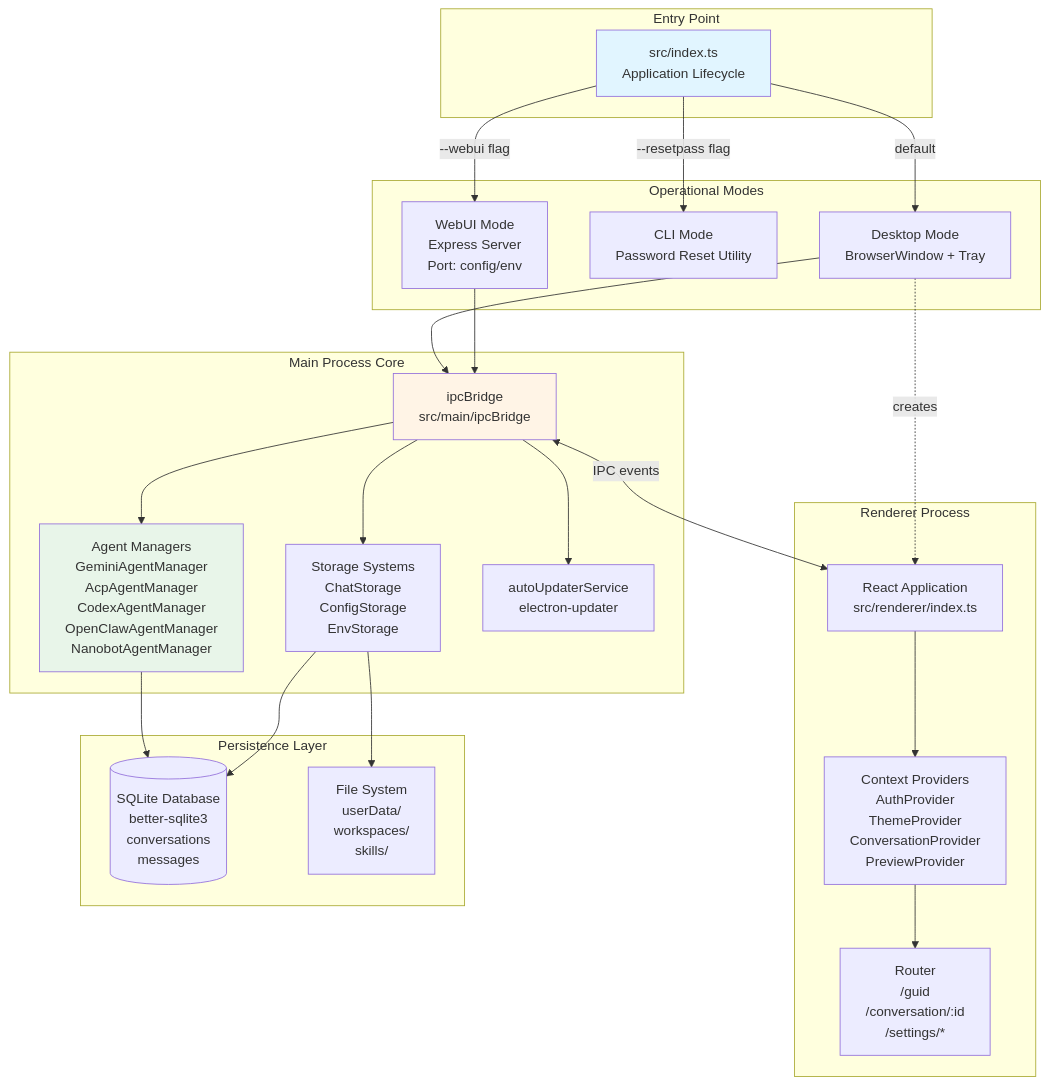
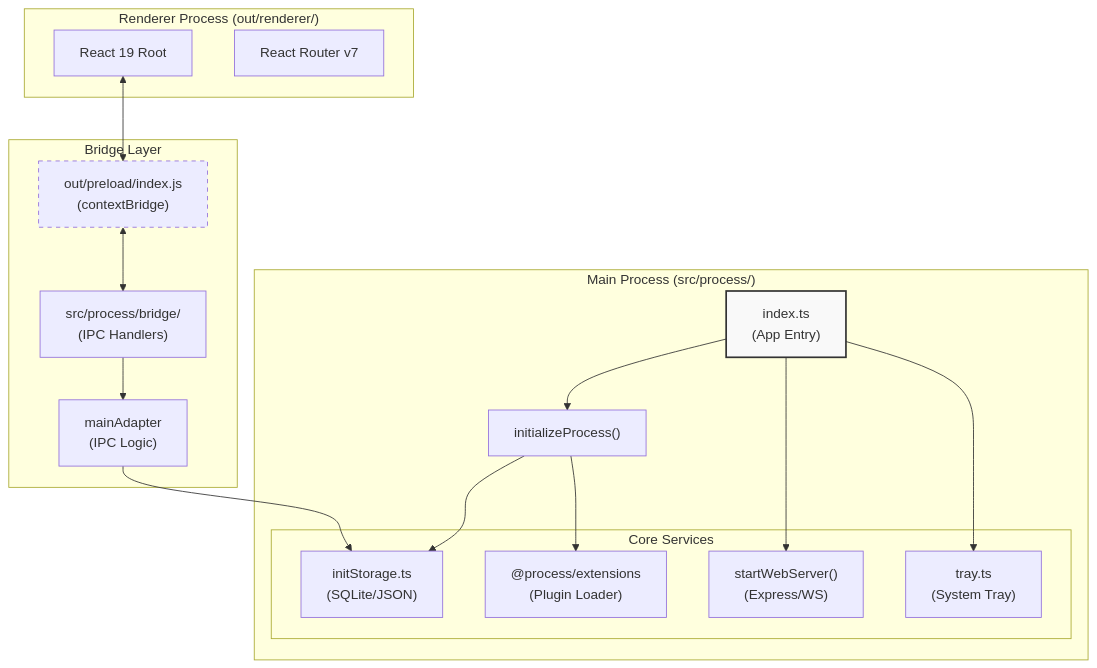
Before and after one commit to blackcater/zentree: the first of 2 diagrams in docs/iOfficeAI_AionUi/overview.md, drawn with Mermaid. The commit also changed other lines of this file and 232 other files, not shown here.

````diff
--- a/docs/iOfficeAI_AionUi/overview.md
+++ b/docs/iOfficeAI_AionUi/overview.md
@@ -58,44 +56,39 @@
 ```mermaid
 graph TB
-    subgraph "Entry Point"
-        INDEX["src/index.ts<br/>Application Lifecycle"]
+    subgraph "Main Process (src/process/)"
+        ENTRY["index.ts<br/>(App Entry)"]
+        INIT["initializeProcess()"]
+        
+        subgraph "Core Services"
+            STORAGE["initStorage.ts<br/>(SQLite/JSON)"]
+            EXT["@process/extensions<br/>(Plugin Loader)"]
+            WEB["startWebServer()<br/>(Express/WS)"]
+            TRAY["tray.ts<br/>(System Tray)"]
+        end
     end
 
-    subgraph "Operational Modes"
-        INDEX -->|--webui flag| WEBUI["WebUI Mode<br/>Express Server<br/>Port: config/env"]
-        INDEX -->|--resetpass flag| CLI["CLI Mode<br/>Password Reset Utility"]
-        INDEX -->|default| DESKTOP["Desktop Mode<br/>BrowserWindow + Tray"]
+    subgraph "Renderer Process (out/renderer/)"
+        UI["React 19 Root"]
+        ROUTER["React Router v7"]
     end
 
-    subgraph "Main Process Core"
-        DESKTOP --> BRIDGE["ipcBridge<br/>src/main/ipcBridge"]
-        WEBUI --> BRIDGE
-
-        BRIDGE --> AGENTS["Agent Managers<br/>GeminiAgentManager<br/>AcpAgentManager<br/>CodexAgentManager<br/>OpenClawAgentManager<br/>NanobotAgentManager"]
-
-        BRIDGE --> STORAGE["Storage Systems<br/>ChatStorage<br/>ConfigStorage<br/>EnvStorage"]
-
-        BRIDGE --> UPDATE["autoUpdaterService<br/>electron-updater"]
+    subgraph "Bridge Layer"
+        PRELOAD["out/preload/index.js<br/>(contextBridge)"]
+        IPC["src/process/bridge/<br/>(IPC Handlers)"]
+        ADAPTER["mainAdapter<br/>(IPC Logic)"]
     end
 
-    subgraph "Renderer Process"
-        RENDERER["React Application<br/>src/renderer/index.ts"]
-        RENDERER --> PROVIDERS["Context Providers<br/>AuthProvider<br/>ThemeProvider<br/>ConversationProvider<br/>PreviewProvider"]
-        PROVIDERS --> ROUTER["Router<br/>/guid<br/>/conversation/:id<br/>/settings/*"]
-    end
+    ENTRY --> INIT
+    INIT --> STORAGE
+    INIT --> EXT
+    ENTRY --> WEB
+    ENTRY --> TRAY
+    
+    UI <--> PRELOAD
+    PRELOAD <--> IPC
+    IPC --> ADAPTER
+    ADAPTER --> STORAGE
 
-    subgraph "Persistence Layer"
-        DB[("SQLite Database<br/>better-sqlite3<br/>conversations<br/>messages")]
-        FILES["File System<br/>userData/<br/>workspaces/<br/>skills/"]
-    end
-
-    DESKTOP -.->|creates| RENDERER
-    BRIDGE <-->|IPC events| RENDERER
-    AGENTS --> DB
-    STORAGE --> FILES
-    STORAGE --> DB
-
-    style INDEX fill:#e1f5ff
-    style BRIDGE fill:#fff4e6
-    style AGENTS fill:#e8f5e9
+    style ENTRY fill:#f9f9f9,stroke:#333,stroke-width:2px
+    style PRELOAD stroke-dasharray: 5 5
 ```
````
